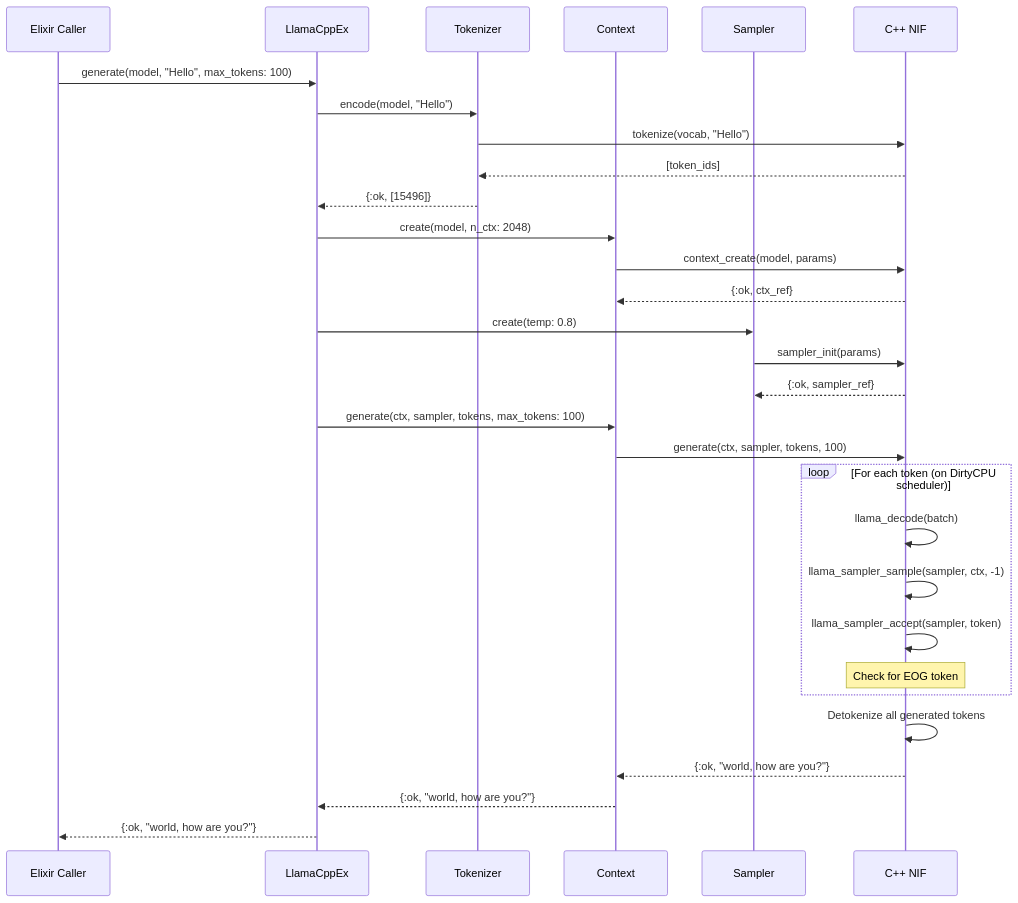
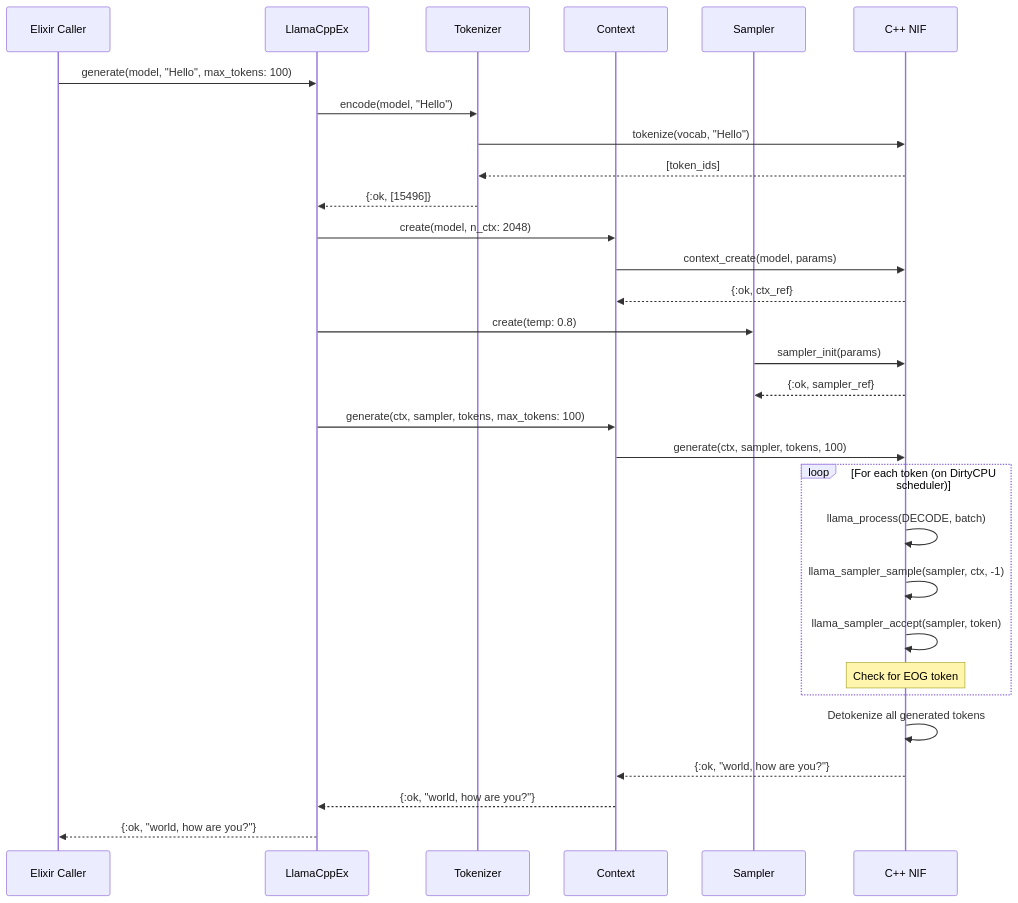
The fourth of 8 diagrams in docs/architecture.md (nyo16/llama_cpp_ex), drawn with Mermaid before and after one commit. The commit also changed other lines of this file and 10 other files, not shown here.

````diff
--- a/docs/architecture.md
+++ b/docs/architecture.md
@@ -138,38 +138,38 @@
 ```mermaid
 sequenceDiagram
     participant User as Elixir Caller
     participant API as LlamaCppEx
     participant Tok as Tokenizer
     participant Ctx as Context
     participant Sam as Sampler
     participant NIF as C++ NIF
 
     User->>API: generate(model, "Hello", max_tokens: 100)
     API->>Tok: encode(model, "Hello")
     Tok->>NIF: tokenize(vocab, "Hello")
     NIF-->>Tok: [token_ids]
     Tok-->>API: {:ok, [15496]}
 
     API->>Ctx: create(model, n_ctx: 2048)
     Ctx->>NIF: context_create(model, params)
     NIF-->>Ctx: {:ok, ctx_ref}
 
     API->>Sam: create(temp: 0.8)
     Sam->>NIF: sampler_init(params)
     NIF-->>Sam: {:ok, sampler_ref}
 
     API->>Ctx: generate(ctx, sampler, tokens, max_tokens: 100)
     Ctx->>NIF: generate(ctx, sampler, tokens, 100)
 
     loop For each token (on DirtyCPU scheduler)
-        NIF->>NIF: llama_decode(batch)
+        NIF->>NIF: llama_process(DECODE, batch)
         NIF->>NIF: llama_sampler_sample(sampler, ctx, -1)
         NIF->>NIF: llama_sampler_accept(sampler, token)
         Note over NIF: Check for EOG token
     end
 
     NIF->>NIF: Detokenize all generated tokens
     NIF-->>Ctx: {:ok, "world, how are you?"}
     Ctx-->>API: {:ok, "world, how are you?"}
     API-->>User: {:ok, "world, how are you?"}
 ```
````
